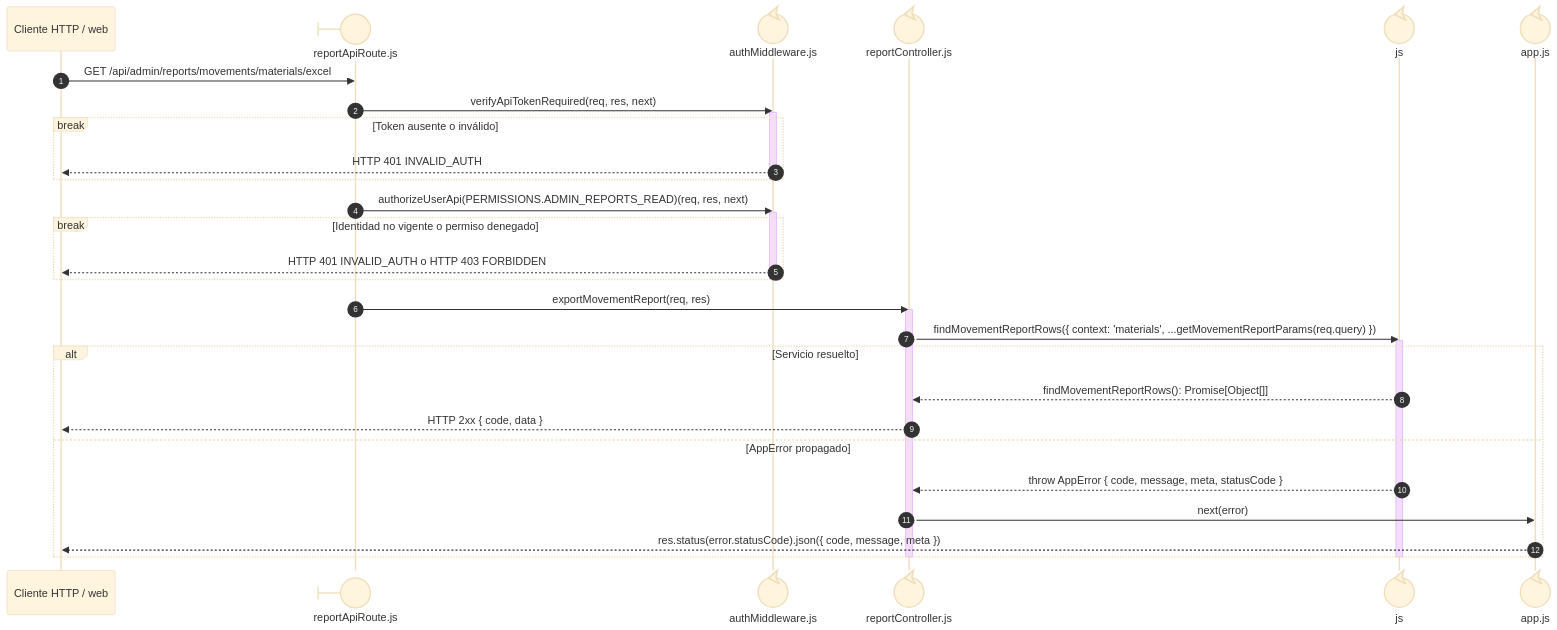
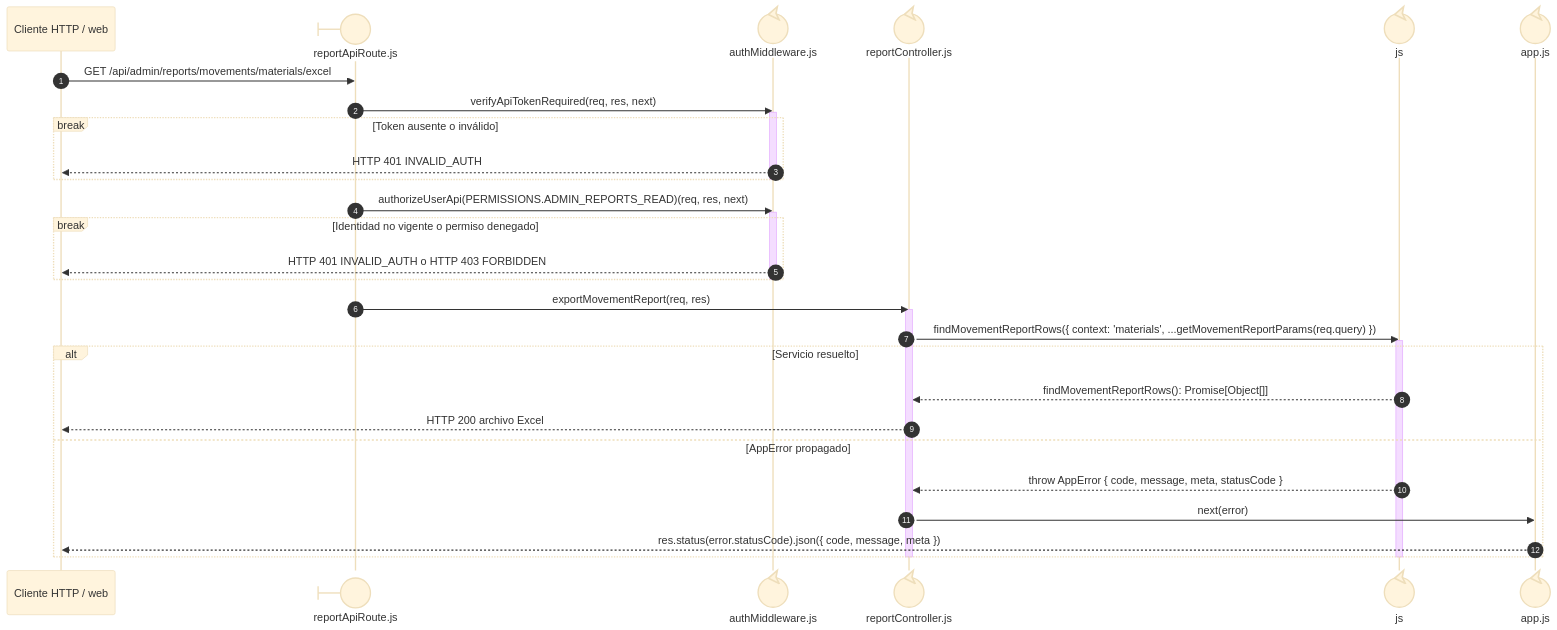
One commit to gpgsistemas01/nexus changed the diagram in docs/architecture/views/processes/backend-code-sequences/catalogs/cu-alm-08.md. Above: the diagram before and after it, drawn with Mermaid (base theme). The commit also changed 338 other files, not shown here.

````diff
--- a/docs/architecture/views/processes/backend-code-sequences/catalogs/cu-alm-08.md
+++ b/docs/architecture/views/processes/backend-code-sequences/catalogs/cu-alm-08.md
@@ -25,39 +25,39 @@
 ```mermaid
 sequenceDiagram
     autonumber
     participant Client as Cliente HTTP / web
     participant Route@{ "type": "boundary" } as reportApiRoute.js
     participant Auth@{ "type": "control" } as authMiddleware.js
     participant Controller@{ "type": "control" } as reportController.js
     participant Domain@{ "type": "control" } as js
     participant ErrorHandler@{ "type": "control" } as app.js
 
     Client->>Route: GET /api/admin/reports/movements/materials/excel
 
     Route->>Auth: verifyApiTokenRequired(req, res, next)
     activate Auth
     break Token ausente o inválido
         Auth-->>Client: HTTP 401 INVALID_AUTH
     end
     deactivate Auth
     Route->>Auth: authorizeUserApi(PERMISSIONS.ADMIN_REPORTS_READ)(req, res, next)
     activate Auth
     break Identidad no vigente o permiso denegado
         Auth-->>Client: HTTP 401 INVALID_AUTH o HTTP 403 FORBIDDEN
     end
     deactivate Auth
     Route->>Controller: exportMovementReport(req, res)
     activate Controller
     Controller->>Domain: findMovementReportRows({ context: 'materials', ...getMovementReportParams(req.query) })
     activate Domain
     alt Servicio resuelto
         Domain-->>Controller: findMovementReportRows(): Promise[Object[]]
-        Controller-->>Client: HTTP 2xx { code, data }
+        Controller-->>Client: HTTP 200 archivo Excel
     else AppError propagado
         Domain-->>Controller: throw AppError { code, message, meta, statusCode }
         Controller->>ErrorHandler: next(error)
         ErrorHandler-->>Client: res.status(error.statusCode).json({ code, message, meta })
     end
     deactivate Domain
     deactivate Controller
 ```
````
